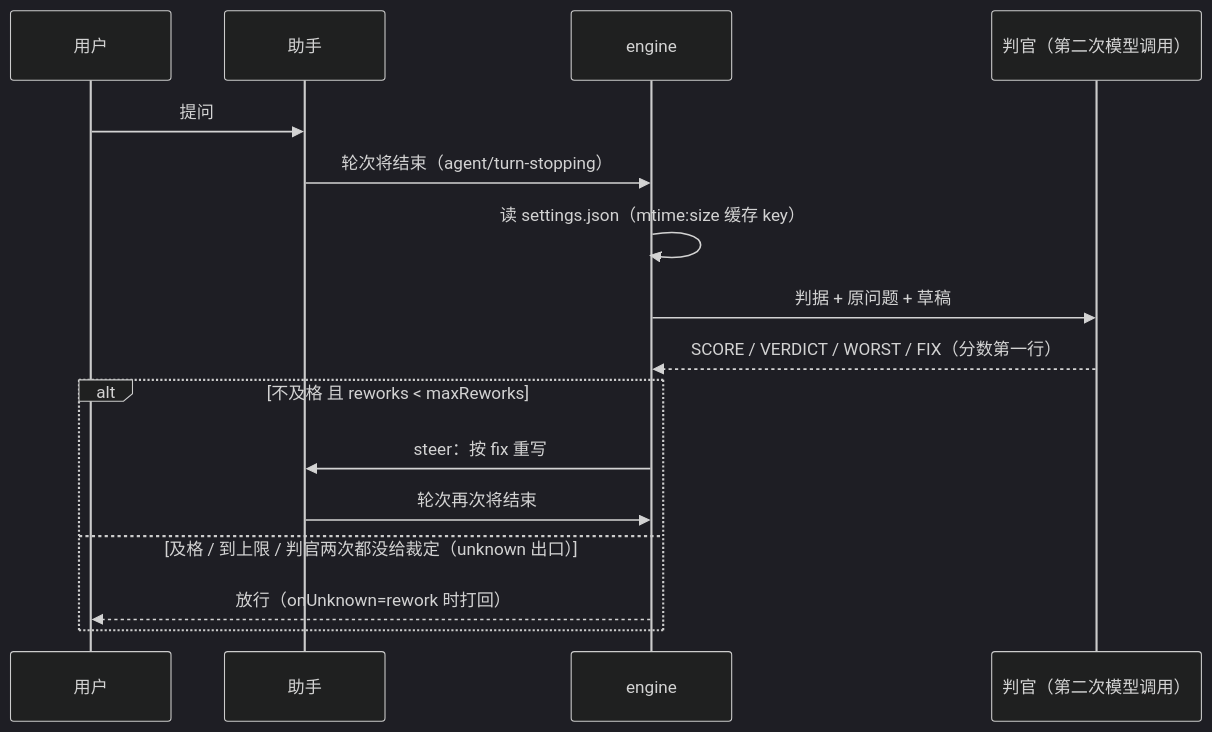
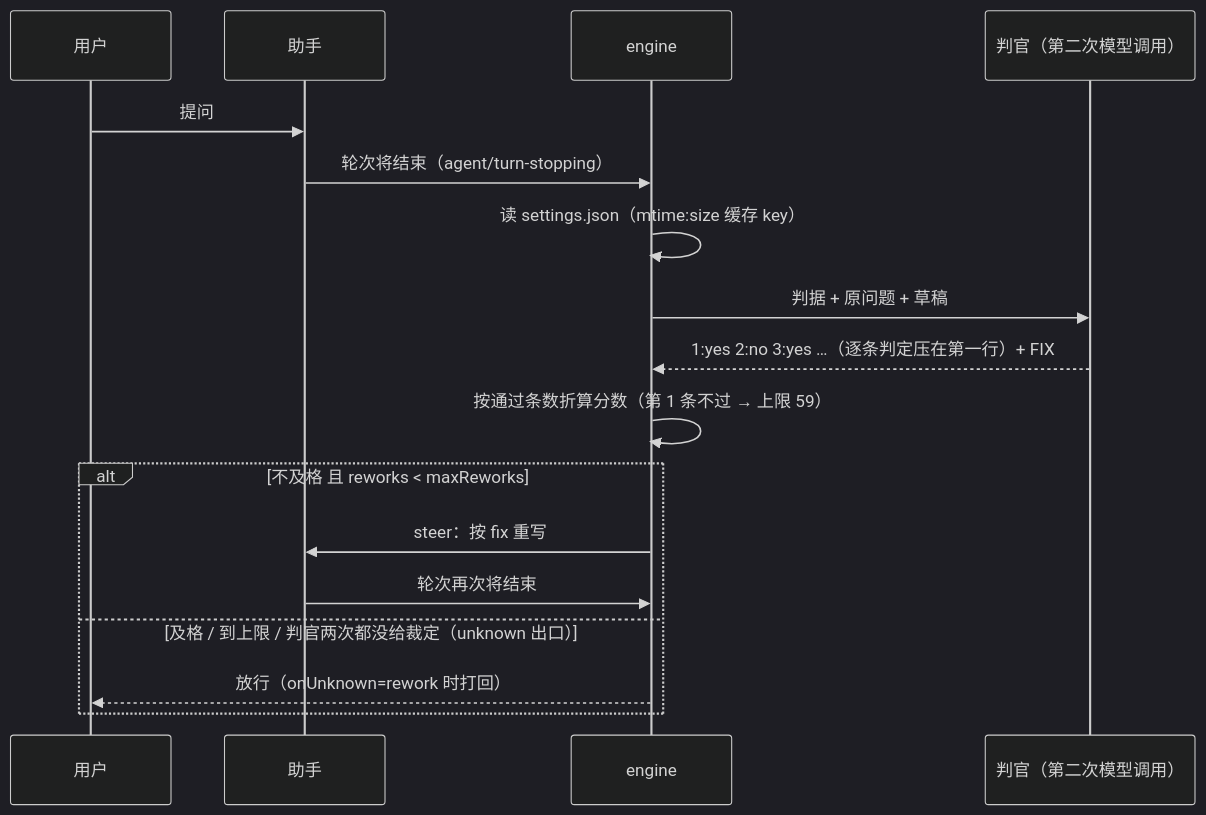
One commit to wdj20050927/dsh-quality-guard changed the diagram in README.md. Above: the diagram before and after it, drawn with Mermaid (dark theme). The commit also changed other lines of this file and 6 other files, not shown here.

````diff
--- a/README.md
+++ b/README.md
@@ -35,18 +35,19 @@
 ```mermaid
 sequenceDiagram
     participant U as 用户
     participant A as 助手
     participant E as engine
     participant J as 判官（第二次模型调用）
     U->>A: 提问
     A->>E: 轮次将结束（agent/turn-stopping）
     E->>E: 读 settings.json（mtime:size 缓存 key）
     E->>J: 判据 + 原问题 + 草稿
-    J-->>E: SCORE / VERDICT / WORST / FIX（分数第一行）
+    J-->>E: 1:yes 2:no 3:yes …（逐条判定压在第一行）+ FIX
+    E->>E: 按通过条数折算分数（第 1 条不过 → 上限 59）
     alt 不及格 且 reworks < maxReworks
         E->>A: steer：按 fix 重写
         A->>E: 轮次再次将结束
     else 及格 / 到上限 / 判官两次都没给裁定（unknown 出口）
         E-->>U: 放行（onUnknown=rework 时打回）
     end
 ```
````
